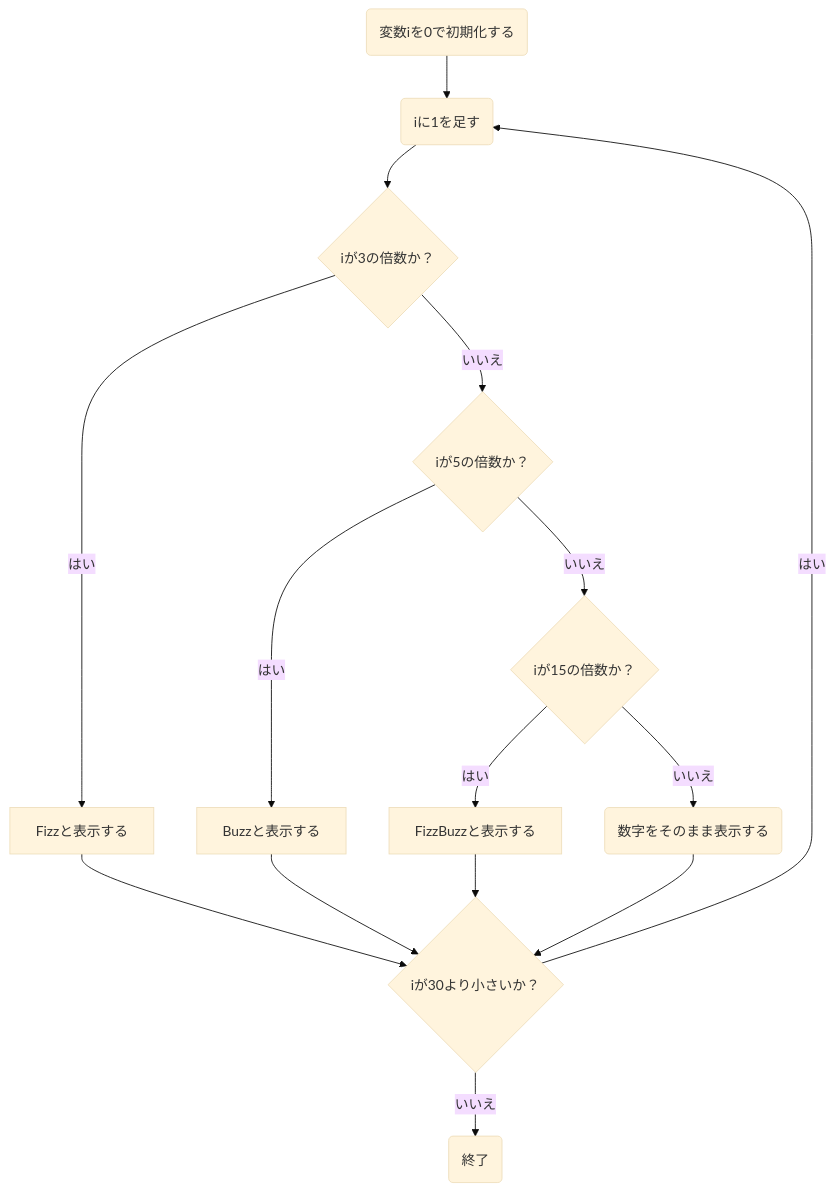
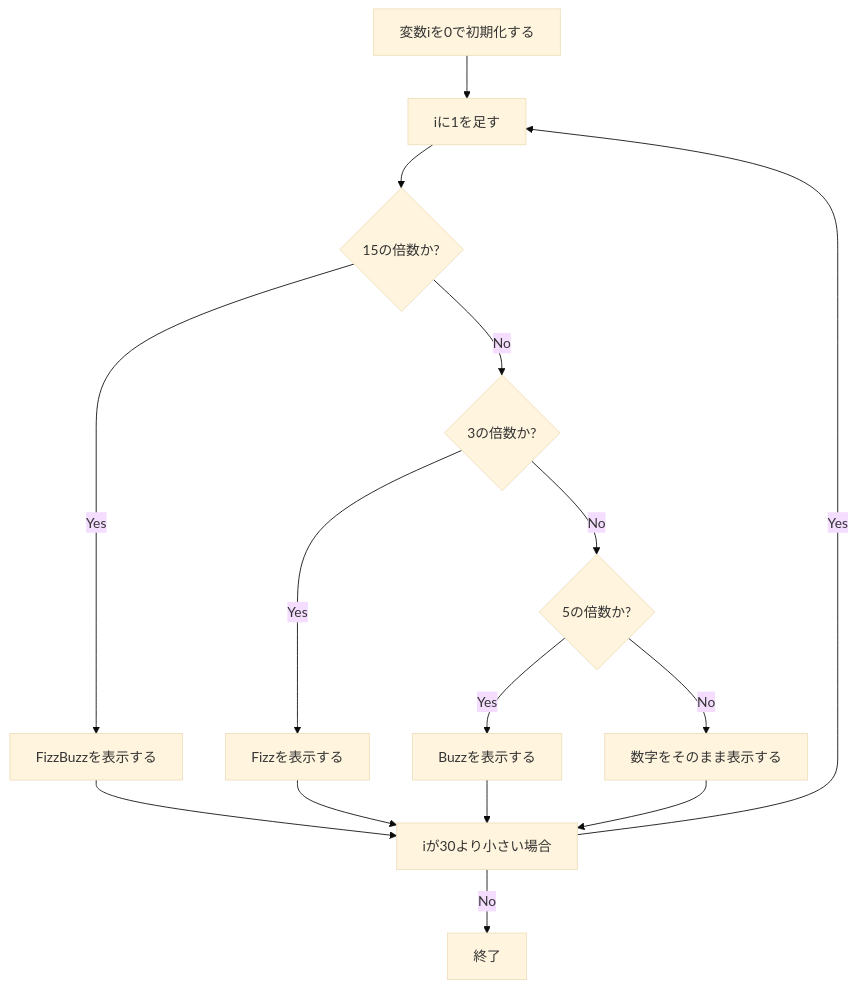
The diagram in test4.md (ml-yuta-yokoi/test), drawn with Mermaid (base theme) before and after one commit.

````diff
--- a/test4.md
+++ b/test4.md
@@ -1,17 +1,28 @@
 ```mermaid
 graph TD
-    A(変数iを0で初期化する) --> B(iに1を足す)
-    B --> C{iが3の倍数か？}
-    C -->|はい| D[Fizzと表示する]
-    C -->|いいえ| E{iが5の倍数か？}
-    E -->|はい| F[Buzzと表示する]
-    E -->|いいえ| G{iが15の倍数か？}
-    G -->|はい| H[FizzBuzzと表示する]
-    G -->|いいえ| I(数字をそのまま表示する)
-    D --> J{iが30より小さいか？}
-    F --> J
-    H --> J
-    I --> J
-    J -->|はい| B
-    J -->|いいえ| K(終了)
+  A[変数iを0で初期化する]
+  B[iに1を足す]
+  C{3の倍数か?}
+  D{5の倍数か?}
+  E{15の倍数か?}
+  F[Fizzを表示する]
+  G[Buzzを表示する]
+  H[FizzBuzzを表示する]
+  I[数字をそのまま表示する]
+  J[iが30より小さい場合]
+
+  A --> B
+  B --> E
+  E -->|Yes| H
+  E -->|No| C
+  C -->|Yes| F
+  C -->|No| D
+  D -->|Yes| G
+  D -->|No| I
+  F --> J
+  G --> J
+  H --> J
+  I --> J
+  J -->|Yes| B
+  J -->|No| Z[終了]
 ```
````
